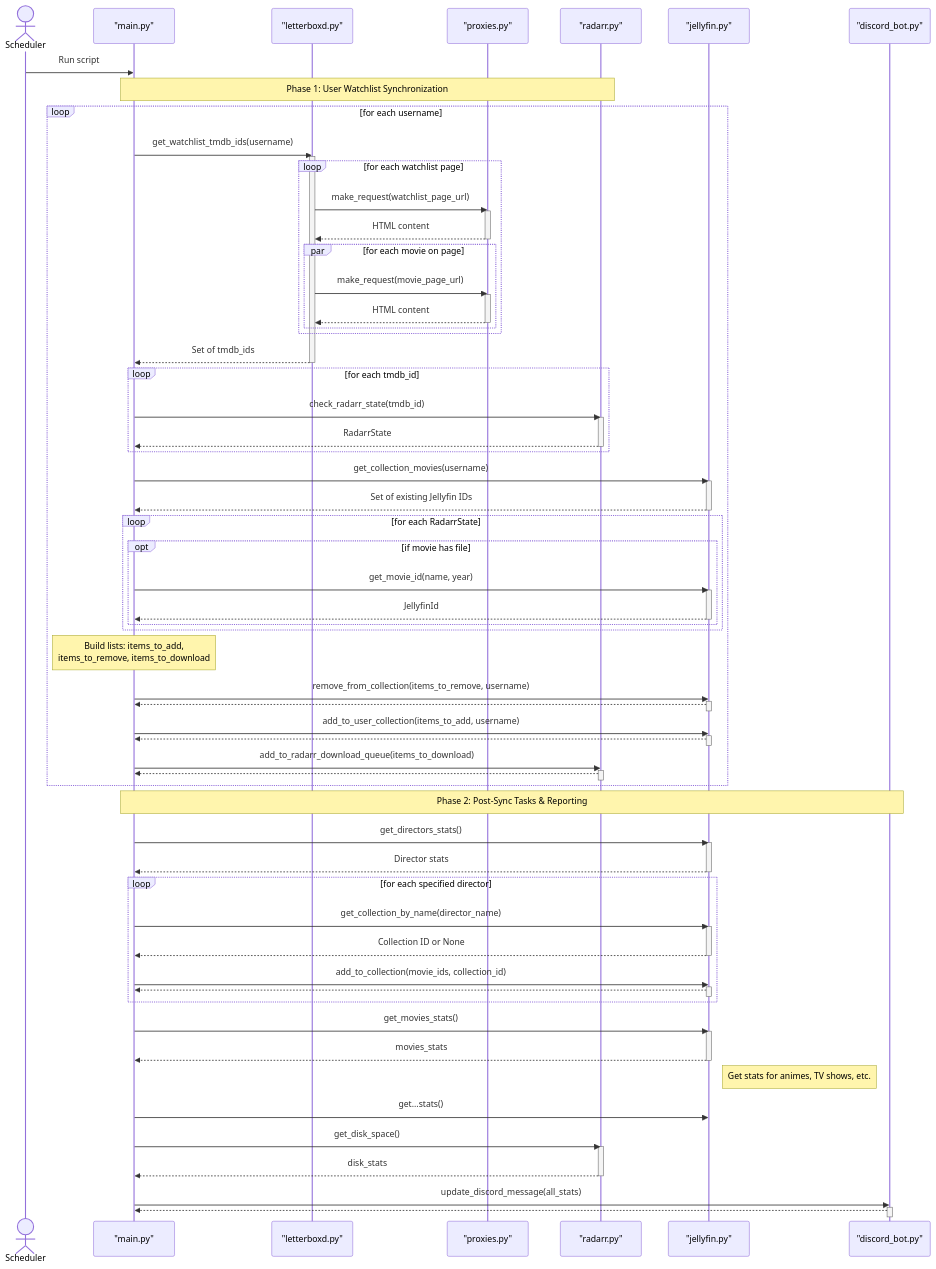
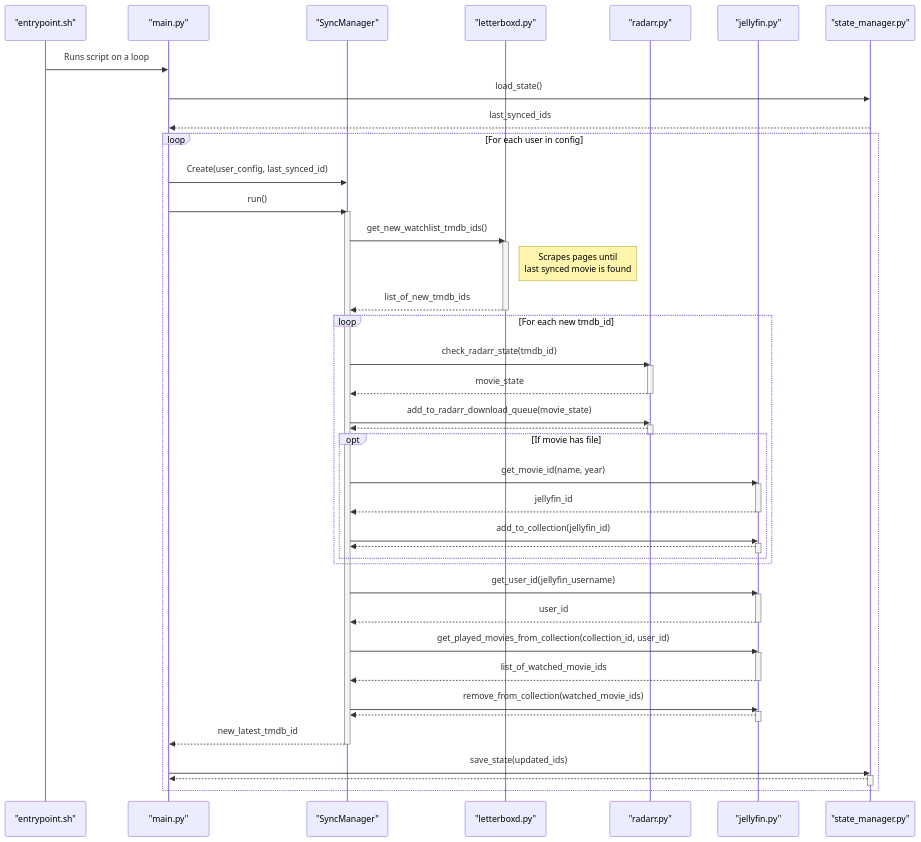
The diagram in README.md (MathisVerstrepen/letterboxd-jellyfin), drawn with Mermaid before and after one commit. The commit also changed other lines of this file and 1 other file, not shown here.

Commit message:
feat: Update README and configuration example to enhance user guidance and clarify animated movies support

````diff
--- a/README.md
+++ b/README.md
@@ -30,116 +35,76 @@
 ```mermaid
-%%{ init : { "theme" : "default" }}%%
 sequenceDiagram
-    actor Scheduler
-    participant main as "main.py"
-    participant letterboxd as "letterboxd.py"
-    participant proxies as "proxies.py"
-    participant radarr as "radarr.py"
-    participant jellyfin as "jellyfin.py"
-    participant discord as "discord_bot.py"
+    participant Scheduler as "entrypoint.sh"
+    participant Main as "main.py"
+    participant SyncManager as "SyncManager"
+    participant Letterboxd as "letterboxd.py"
+    participant Radarr as "radarr.py"
+    participant Jellyfin as "jellyfin.py"
+    participant State as "state_manager.py"
 
-    Scheduler->>main: Run script
+    Scheduler->>Main: Runs script on a loop
 
-    Note over main, radarr: Phase 1: User Watchlist Synchronization
+    Main->>State: load_state()
+    State-->>Main: last_synced_ids
+    
+    loop For each user in config
+        Main->>SyncManager: Create(user_config, last_synced_id)
+        Main->>SyncManager: run()
+        activate SyncManager
+        
+        %% 1. Get new movies from Letterboxd
+        SyncManager->>Letterboxd: get_new_watchlist_tmdb_ids()
+        activate Letterboxd
+        note right of Letterboxd: Scrapes pages until<br>last synced movie is found
+        Letterboxd-->>SyncManager: list_of_new_tmdb_ids
+        deactivate Letterboxd
 
-    loop for each username
-        %% 1. Get Letterboxd Watchlist
-        main->>letterboxd: get_watchlist_tmdb_ids(username)
-        activate letterboxd
-        loop for each watchlist page
-            letterboxd->>proxies: make_request(watchlist_page_url)
-            activate proxies
-            proxies-->>letterboxd: HTML content
-            deactivate proxies
+        %% 2. Process new movies
+        loop For each new tmdb_id
+            SyncManager->>Radarr: check_radarr_state(tmdb_id)
+            activate Radarr
+            Radarr-->>SyncManager: movie_state
+            deactivate Radarr
             
-            par for each movie on page
-                letterboxd->>proxies: make_request(movie_page_url)
-                activate proxies
-                proxies-->>letterboxd: HTML content
-                deactivate proxies
+            SyncManager->>Radarr: add_to_radarr_download_queue(movie_state)
+            activate Radarr
+            Radarr-->>SyncManager: 
+            deactivate Radarr
+
+            opt If movie has file
+                SyncManager->>Jellyfin: get_movie_id(name, year)
+                activate Jellyfin
+                Jellyfin-->>SyncManager: jellyfin_id
+                deactivate Jellyfin
+                SyncManager->>Jellyfin: add_to_collection(jellyfin_id)
+                activate Jellyfin
+                Jellyfin-->>SyncManager: 
+                deactivate Jellyfin
             end
         end
-        letterboxd-->>main: Set of tmdb_ids
-        deactivate letterboxd
 
-        %% 2. Check movie status in Radarr
-        loop for each tmdb_id
-            main->>radarr: check_radarr_state(tmdb_id)
-            activate radarr
-            radarr-->>main: RadarrState
-            deactivate radarr
-        end
+        %% 3. Clean up watched movies
+        SyncManager->>Jellyfin: get_user_id(jellyfin_username)
+        activate Jellyfin
+        Jellyfin-->>SyncManager: user_id
+        deactivate Jellyfin
+        
+        SyncManager->>Jellyfin: get_played_movies_from_collection(collection_id, user_id)
+        activate Jellyfin
+        Jellyfin-->>SyncManager: list_of_watched_movie_ids
+        deactivate Jellyfin
+        
+        SyncManager->>Jellyfin: remove_from_collection(watched_movie_ids)
+        activate Jellyfin
+        Jellyfin-->>SyncManager: 
+        deactivate Jellyfin
 
-        %% 3. Sync with Jellyfin Collection
-        main->>jellyfin: get_collection_movies(username)
-        activate jellyfin
-        jellyfin-->>main: Set of existing Jellyfin IDs
-        deactivate jellyfin
-
-        loop for each RadarrState
-            opt if movie has file
-                main->>jellyfin: get_movie_id(name, year)
-                activate jellyfin
-                jellyfin-->>main: JellyfinId
-                deactivate jellyfin
-            end
-        end
-        note over main: Build lists: items_to_add,<br>items_to_remove, items_to_download
-
-        main->>jellyfin: remove_from_collection(items_to_remove, username)
-        activate jellyfin
-        jellyfin-->>main: 
-        deactivate jellyfin
-
-        main->>jellyfin: add_to_user_collection(items_to_add, username)
-        activate jellyfin
-        jellyfin-->>main: 
-        deactivate jellyfin
-
-        %% 4. Add missing movies to Radarr
-        main->>radarr: add_to_radarr_download_queue(items_to_download)
-        activate radarr
-        radarr-->>main: 
-        deactivate radarr
+        SyncManager-->>Main: new_latest_tmdb_id
+        deactivate SyncManager
+        
+        Main->>State: save_state(updated_ids)
+        activate State
+        State-->>Main: 
+        deactivate State
     end
-
-    Note over main, discord: Phase 2: Post-Sync Tasks & Reporting
-
-    %% 5. Update Director Collections
-    main->>jellyfin: get_directors_stats()
-    activate jellyfin
-    jellyfin-->>main: Director stats
-    deactivate jellyfin
-    
-    loop for each specified director
-        main->>jellyfin: get_collection_by_name(director_name)
-        activate jellyfin
-        jellyfin-->>main: Collection ID or None
-        deactivate jellyfin
-
-        main->>jellyfin: add_to_collection(movie_ids, collection_id)
-        activate jellyfin
-        jellyfin-->>main: 
-        deactivate jellyfin
-    end
-
-    %% 6. Gather Library Stats
-    main->>jellyfin: get_movies_stats()
-    activate jellyfin
-    jellyfin-->>main: movies_stats
-    deactivate jellyfin
-    
-    note right of jellyfin: Get stats for animes, TV shows, etc.
-    main->>jellyfin: get...stats()
-    
-    main->>radarr: get_disk_space()
-    activate radarr
-    radarr-->>main: disk_stats
-    deactivate radarr
-
-    %% 7. Update Discord
-    main->>discord: update_discord_message(all_stats)
-    activate discord
-    discord-->>main: 
-    deactivate discord
 ```
````
